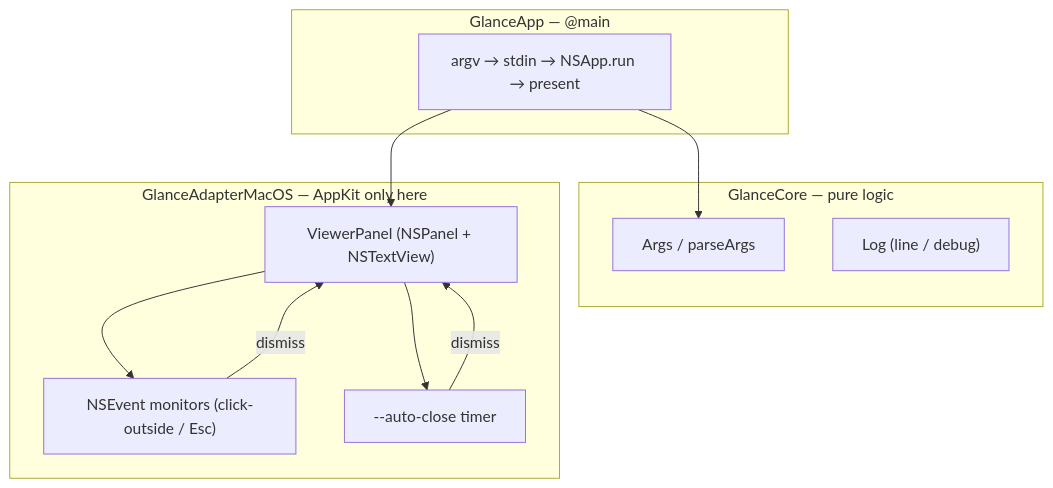
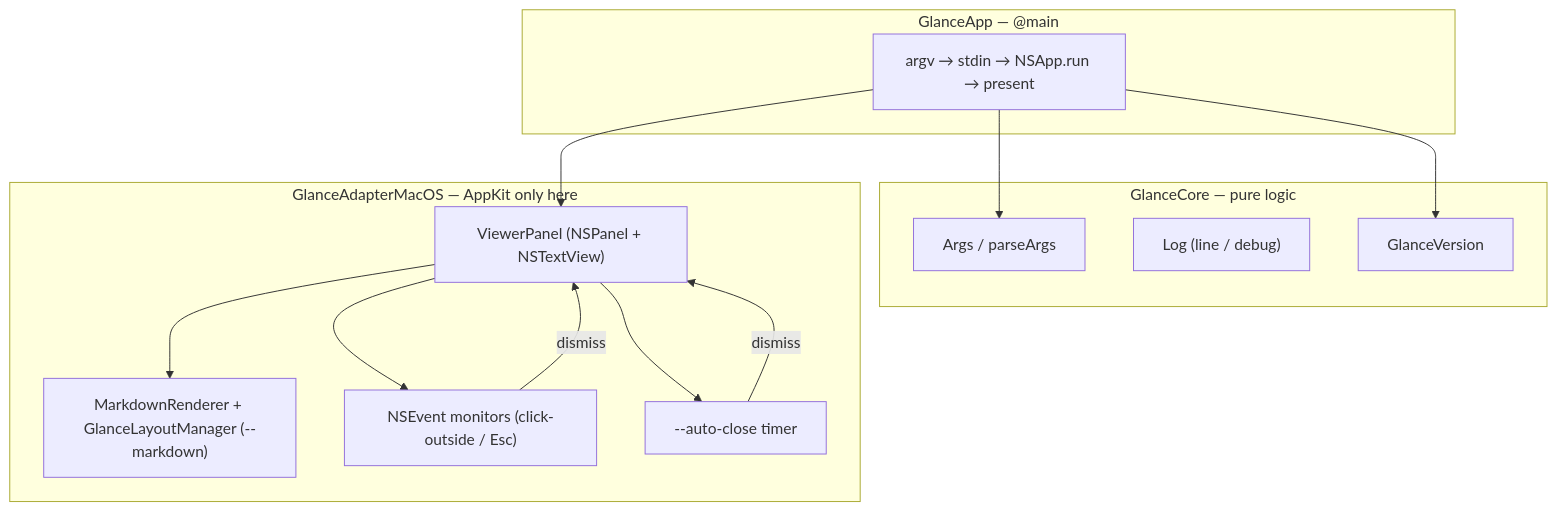
The diagram in docs/glossary.md (akira-toriyama/glance), drawn with Mermaid before and after one commit. The commit also changed other lines of this file and 7 other files, not shown here.

````diff
--- a/docs/glossary.md
+++ b/docs/glossary.md
@@ -48,21 +37,25 @@
 ```mermaid
 flowchart TB
   subgraph CORE["GlanceCore — pure logic"]
     ARGS["Args / parseArgs"]
     LOG["Log (line / debug)"]
+    VERSION["GlanceVersion"]
   end
   subgraph ADAPTER["GlanceAdapterMacOS — AppKit only here"]
     PANEL["ViewerPanel (NSPanel + NSTextView)"]
+    RENDER["MarkdownRenderer + GlanceLayoutManager (--markdown)"]
     MON["NSEvent monitors (click-outside / Esc)"]
     TIMER["--auto-close timer"]
   end
   subgraph APP["GlanceApp — @main"]
     MAIN["argv → stdin → NSApp.run → present"]
   end
   MAIN --> ARGS
+  MAIN --> VERSION
   MAIN --> PANEL
+  PANEL --> RENDER
   PANEL --> MON
   PANEL --> TIMER
   MON -->|dismiss| PANEL
   TIMER -->|dismiss| PANEL
 ```
````
